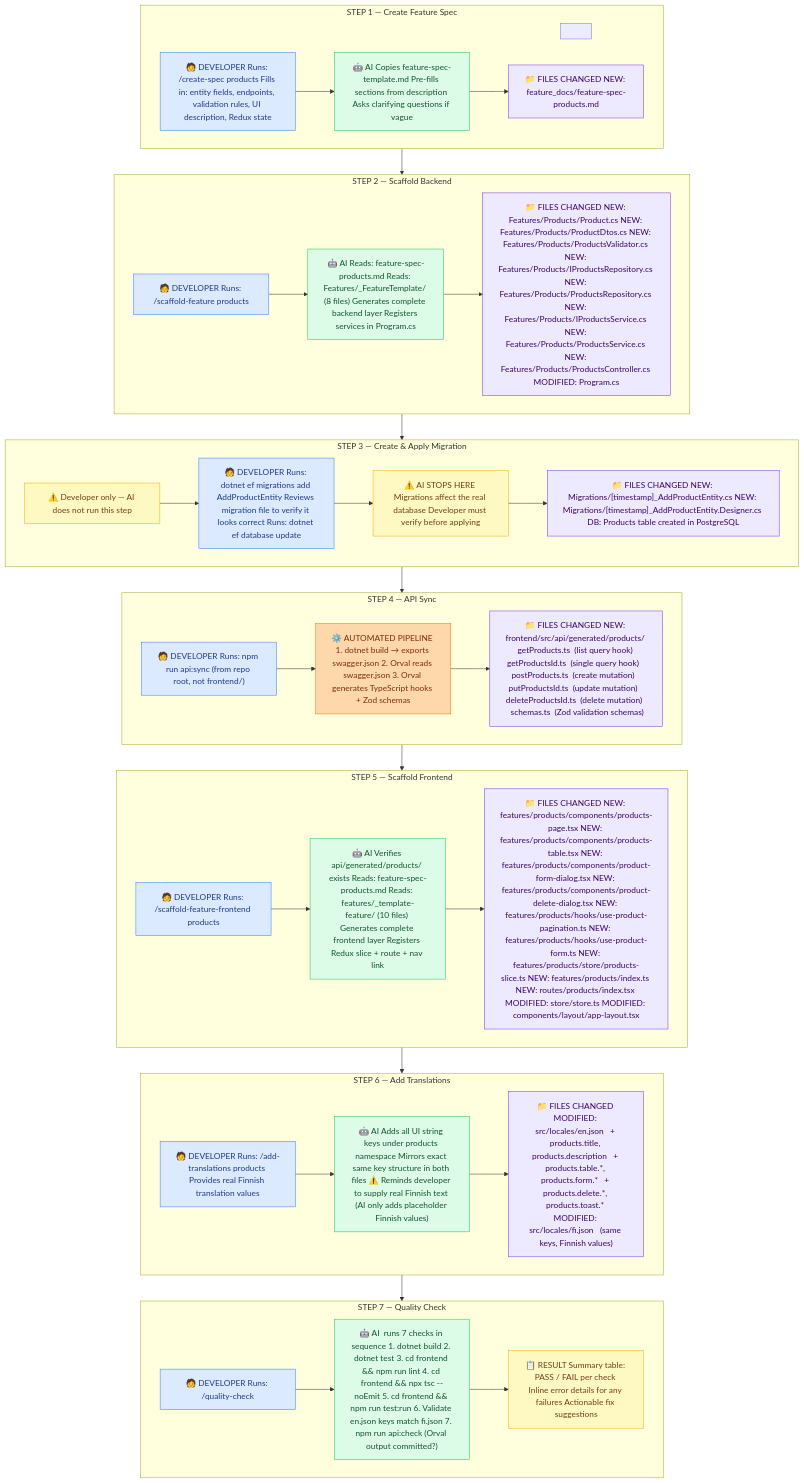
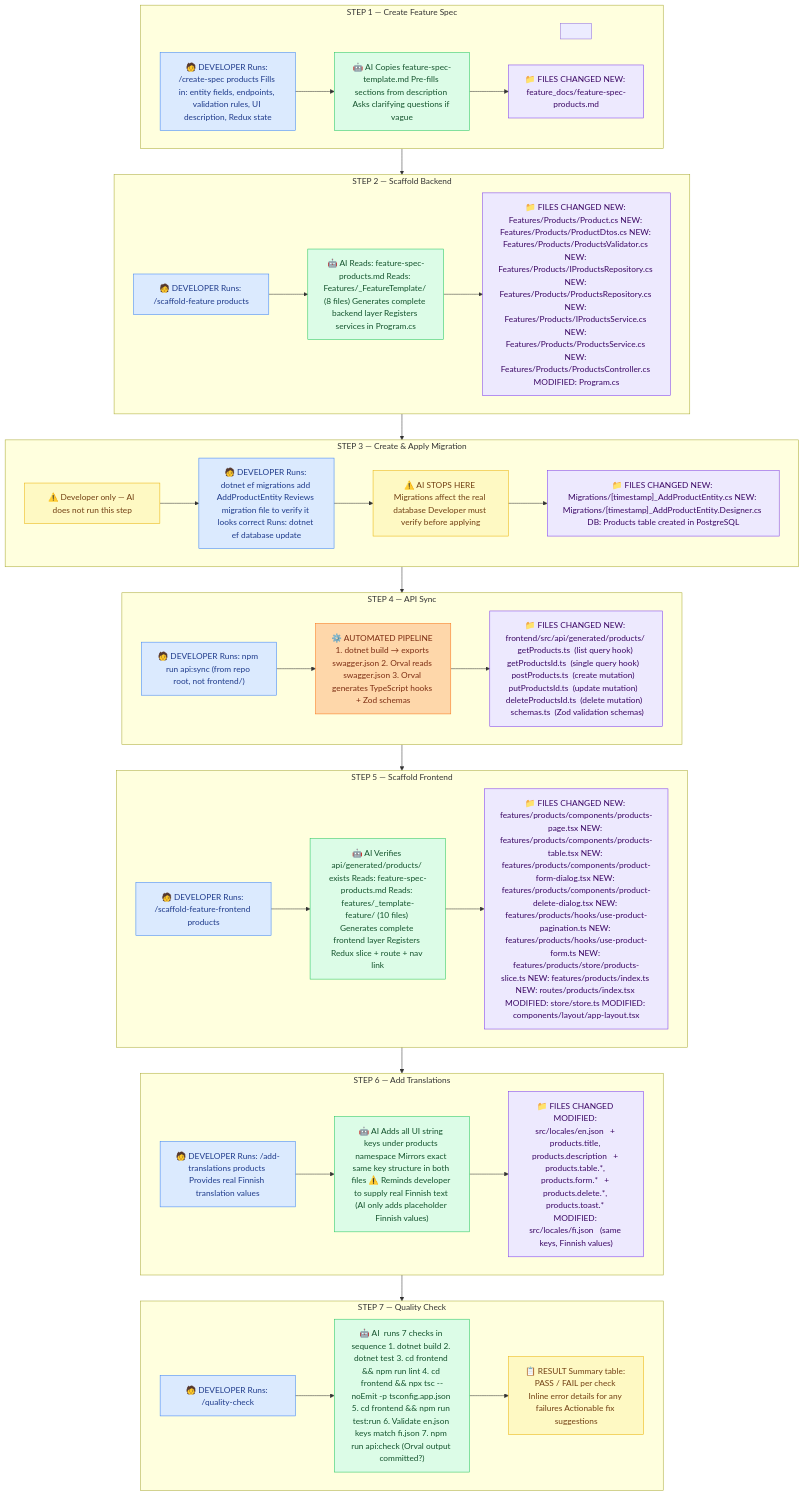
One commit to quocbao19982009/AI-driven-template changed the second of 6 diagrams in docs/WORKFLOW_VISUAL.md. Above: the diagram before and after it, drawn with Mermaid. The commit also changed 7 other files, not shown here.

First line of the commit message:
Use tsconfig.app.json for frontend typecheck

````diff
--- a/docs/WORKFLOW_VISUAL.md
+++ b/docs/WORKFLOW_VISUAL.md
@@ -36,72 +36,72 @@
 ```mermaid
 flowchart TD
     classDef dev fill:#dbeafe,stroke:#3b82f6,color:#1e3a8a
     classDef ai fill:#dcfce7,stroke:#22c55e,color:#14532d
     classDef files fill:#ede9fe,stroke:#7c3aed,color:#3b0764
     classDef pipeline fill:#fed7aa,stroke:#f97316,color:#7c2d12
     classDef result fill:#fef9c3,stroke:#eab308,color:#713f12
 
     subgraph STEP1["STEP 1 — Create Feature Spec"]
 
     spacer[" "]:::hidden
         direction LR
         D1["🧑 DEVELOPER Runs: /create-spec products Fills in: entity fields, endpoints, validation rules, UI description, Redux state"]:::dev
         A1["🤖 AI Copies feature-spec-template.md Pre-fills sections from description Asks clarifying questions if vague"]:::ai
         F1["📁 FILES CHANGED NEW: feature_docs/feature-spec-products.md"]:::files
         D1 --> A1 --> F1
     end
 
     subgraph STEP2["STEP 2 — Scaffold Backend"]
         direction LR
         D2["🧑 DEVELOPER Runs: /scaffold-feature products"]:::dev
         A2["🤖 AI Reads: feature-spec-products.md Reads: Features/_FeatureTemplate/ (8 files) Generates complete backend layer Registers services in Program.cs"]:::ai
         F2["📁 FILES CHANGED NEW: Features/Products/Product.cs NEW: Features/Products/ProductDtos.cs NEW: Features/Products/ProductsValidator.cs NEW: Features/Products/IProductsRepository.cs NEW: Features/Products/ProductsRepository.cs NEW: Features/Products/IProductsService.cs NEW: Features/Products/ProductsService.cs NEW: Features/Products/ProductsController.cs MODIFIED: Program.cs"]:::files
         D2 --> A2 --> F2
     end
 
     subgraph STEP3["STEP 3 — Create & Apply Migration"]
 
         direction LR
         N3["⚠️ Developer only — AI does not run this step"]:::result
         D3["🧑 DEVELOPER Runs: dotnet ef migrations add AddProductEntity Reviews migration file to verify it looks correct Runs: dotnet ef database update"]:::dev
         R3["⚠️ AI STOPS HERE Migrations affect the real database Developer must verify before applying"]:::result
         F3["📁 FILES CHANGED NEW: Migrations/[timestamp]_AddProductEntity.cs NEW: Migrations/[timestamp]_AddProductEntity.Designer.cs DB: Products table created in PostgreSQL"]:::files
         N3 --> D3 --> R3 --> F3
     end
 
     subgraph STEP4["STEP 4 — API Sync"]
 
 
         direction LR
         D4["🧑 DEVELOPER Runs: npm run api:sync (from repo root, not frontend/)"]:::dev
         P4["⚙️ AUTOMATED PIPELINE 1. dotnet build → exports swagger.json 2. Orval reads swagger.json 3. Orval generates TypeScript hooks + Zod schemas"]:::pipeline
         F4["📁 FILES CHANGED NEW: frontend/src/api/generated/products/   getProducts.ts  (list query hook)   getProductsId.ts  (single query hook)   postProducts.ts  (create mutation)   putProductsId.ts  (update mutation)   deleteProductsId.ts  (delete mutation)   schemas.ts  (Zod validation schemas)"]:::files
         D4 --> P4 --> F4
     end
 
     subgraph STEP5["STEP 5 — Scaffold Frontend"]
         direction LR
         D5["🧑 DEVELOPER Runs: /scaffold-feature-frontend products"]:::dev
         A5["🤖 AI Verifies api/generated/products/ exists Reads: feature-spec-products.md Reads: features/_template-feature/ (10 files) Generates complete frontend layer Registers Redux slice + route + nav link"]:::ai
         F5["📁 FILES CHANGED NEW: features/products/components/products-page.tsx NEW: features/products/components/products-table.tsx NEW: features/products/components/product-form-dialog.tsx NEW: features/products/components/product-delete-dialog.tsx NEW: features/products/hooks/use-product-pagination.ts NEW: features/products/hooks/use-product-form.ts NEW: features/products/store/products-slice.ts NEW: features/products/index.ts NEW: routes/products/index.tsx MODIFIED: store/store.ts MODIFIED: components/layout/app-layout.tsx"]:::files
         D5 --> A5 --> F5
     end
 
     subgraph STEP6["STEP 6 — Add Translations"]
         direction LR
         D6["🧑 DEVELOPER Runs: /add-translations products Provides real Finnish translation values"]:::dev
         A6["🤖 AI Adds all UI string keys under products namespace Mirrors exact same key structure in both files ⚠️ Reminds developer to supply real Finnish text (AI only adds placeholder Finnish values)"]:::ai
         F6["📁 FILES CHANGED MODIFIED: src/locales/en.json   + products.title, products.description   + products.table.*, products.form.*   + products.delete.*, products.toast.* MODIFIED: src/locales/fi.json   (same keys, Finnish values)"]:::files
         D6 --> A6 --> F6
     end
 
     subgraph STEP7["STEP 7 — Quality Check"]
         direction LR
         D7["🧑 DEVELOPER Runs: /quality-check"]:::dev
-        A7["🤖 AI  runs 7 checks in sequence 1. dotnet build 2. dotnet test 3. cd frontend && npm run lint 4. cd frontend && npx tsc --noEmit 5. cd frontend && npm run test:run 6. Validate en.json keys match fi.json 7. npm run api:check (Orval output committed?)"]:::ai
+        A7["🤖 AI  runs 7 checks in sequence 1. dotnet build 2. dotnet test 3. cd frontend && npm run lint 4. cd frontend && npx tsc --noEmit -p tsconfig.app.json 5. cd frontend && npm run test:run 6. Validate en.json keys match fi.json 7. npm run api:check (Orval output committed?)"]:::ai
         R7["📋 RESULT Summary table: PASS / FAIL per check Inline error details for any failures Actionable fix suggestions"]:::result
         D7 --> A7 --> R7
     end
 
     STEP1 --> STEP2 --> STEP3 --> STEP4 --> STEP5 --> STEP6 --> STEP7
 ```
````
